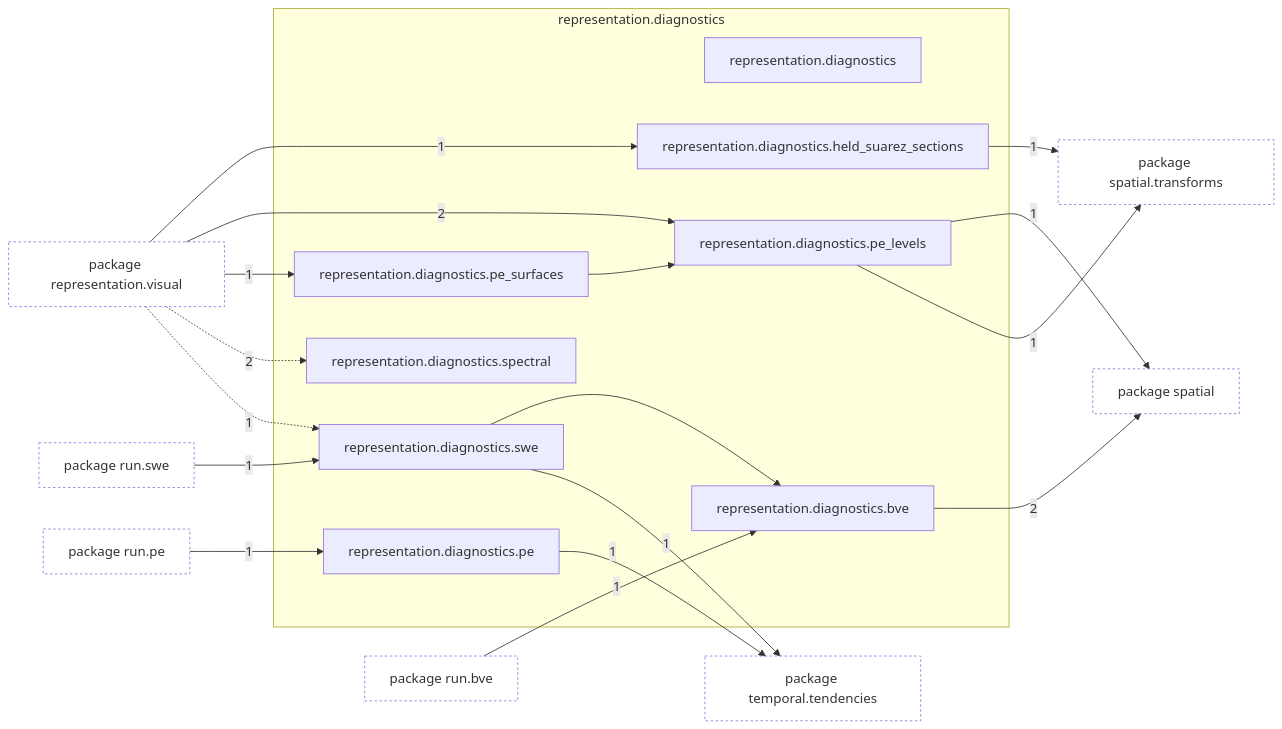
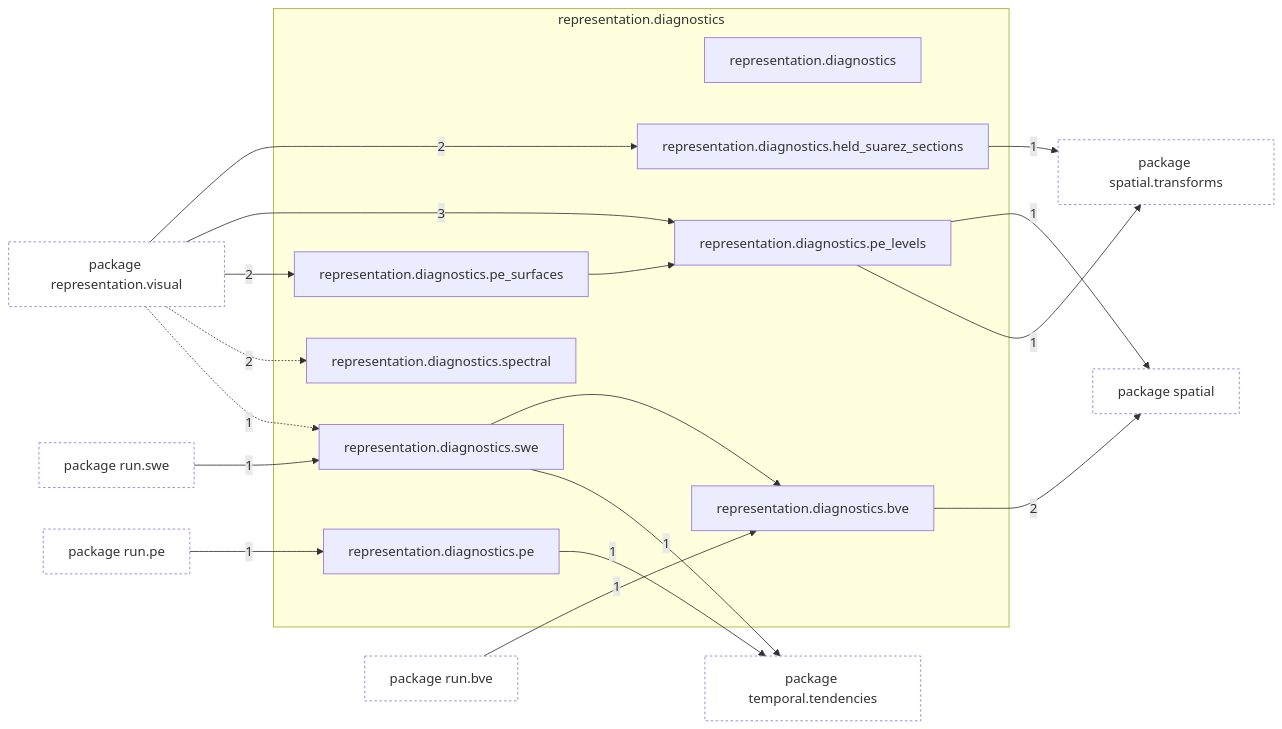
The first of 2 diagrams in docs/architecture/current/packages/tropoi.representation.diagnostics.md (AlexandreEros/Palintropos), drawn with Mermaid before and after one commit. The commit also changed 24 other files, not shown here.

Commit message:
Document Viewer 2 design and refresh architecture snapshot

````diff
--- a/docs/architecture/current/packages/tropoi.representation.diagnostics.md
+++ b/docs/architecture/current/packages/tropoi.representation.diagnostics.md
@@ -26,46 +26,46 @@
 ```mermaid
 %% Generated by tools.architecture 2.3.0. Do not edit by hand.
 %% Modules of tropoi.representation.diagnostics with imports in and out
 flowchart LR
     subgraph g_tropoi_orepresentation_odiagnostics["representation.diagnostics"]
         n_tropoi_orepresentation_odiagnostics["representation.diagnostics"]
         n_tropoi_orepresentation_odiagnostics_obve["representation.diagnostics.bve"]
         n_tropoi_orepresentation_odiagnostics_oheld__suarez__sections["representation.diagnostics.held#95;suarez#95;sections"]
         n_tropoi_orepresentation_odiagnostics_ope["representation.diagnostics.pe"]
         n_tropoi_orepresentation_odiagnostics_ope__levels["representation.diagnostics.pe#95;levels"]
         n_tropoi_orepresentation_odiagnostics_ope__surfaces["representation.diagnostics.pe#95;surfaces"]
         n_tropoi_orepresentation_odiagnostics_ospectral["representation.diagnostics.spectral"]
         n_tropoi_orepresentation_odiagnostics_oswe["representation.diagnostics.swe"]
     end
     p_tropoi_orepresentation_ovisual["package representation.visual"]
     p_tropoi_orun_obve["package run.bve"]
     p_tropoi_orun_ope["package run.pe"]
     p_tropoi_orun_oswe["package run.swe"]
     p_tropoi_ospatial["package spatial"]
     p_tropoi_ospatial_otransforms["package spatial.transforms"]
     p_tropoi_otemporal_otendencies["package temporal.tendencies"]
     n_tropoi_orepresentation_odiagnostics_ope__surfaces --> n_tropoi_orepresentation_odiagnostics_ope__levels
     n_tropoi_orepresentation_odiagnostics_oswe --> n_tropoi_orepresentation_odiagnostics_obve
-    p_tropoi_orepresentation_ovisual -->|1| n_tropoi_orepresentation_odiagnostics_oheld__suarez__sections
-    p_tropoi_orepresentation_ovisual -->|2| n_tropoi_orepresentation_odiagnostics_ope__levels
-    p_tropoi_orepresentation_ovisual -->|1| n_tropoi_orepresentation_odiagnostics_ope__surfaces
+    p_tropoi_orepresentation_ovisual -->|2| n_tropoi_orepresentation_odiagnostics_oheld__suarez__sections
+    p_tropoi_orepresentation_ovisual -->|3| n_tropoi_orepresentation_odiagnostics_ope__levels
+    p_tropoi_orepresentation_ovisual -->|2| n_tropoi_orepresentation_odiagnostics_ope__surfaces
     p_tropoi_orepresentation_ovisual -.->|2| n_tropoi_orepresentation_odiagnostics_ospectral
     p_tropoi_orepresentation_ovisual -.->|1| n_tropoi_orepresentation_odiagnostics_oswe
     p_tropoi_orun_obve -->|1| n_tropoi_orepresentation_odiagnostics_obve
     p_tropoi_orun_ope -->|1| n_tropoi_orepresentation_odiagnostics_ope
     p_tropoi_orun_oswe -->|1| n_tropoi_orepresentation_odiagnostics_oswe
     n_tropoi_orepresentation_odiagnostics_obve -->|2| p_tropoi_ospatial
     n_tropoi_orepresentation_odiagnostics_oheld__suarez__sections -->|1| p_tropoi_ospatial_otransforms
     n_tropoi_orepresentation_odiagnostics_ope -->|1| p_tropoi_otemporal_otendencies
     n_tropoi_orepresentation_odiagnostics_ope__levels -->|1| p_tropoi_ospatial
     n_tropoi_orepresentation_odiagnostics_ope__levels -->|1| p_tropoi_ospatial_otransforms
     n_tropoi_orepresentation_odiagnostics_oswe -->|1| p_tropoi_otemporal_otendencies
     classDef other fill:none,stroke-dasharray:3 3
     class p_tropoi_orepresentation_ovisual other
     class p_tropoi_orun_obve other
     class p_tropoi_orun_ope other
     class p_tropoi_orun_oswe other
     class p_tropoi_ospatial other
     class p_tropoi_ospatial_otransforms other
     class p_tropoi_otemporal_otendencies other
 ```
````
